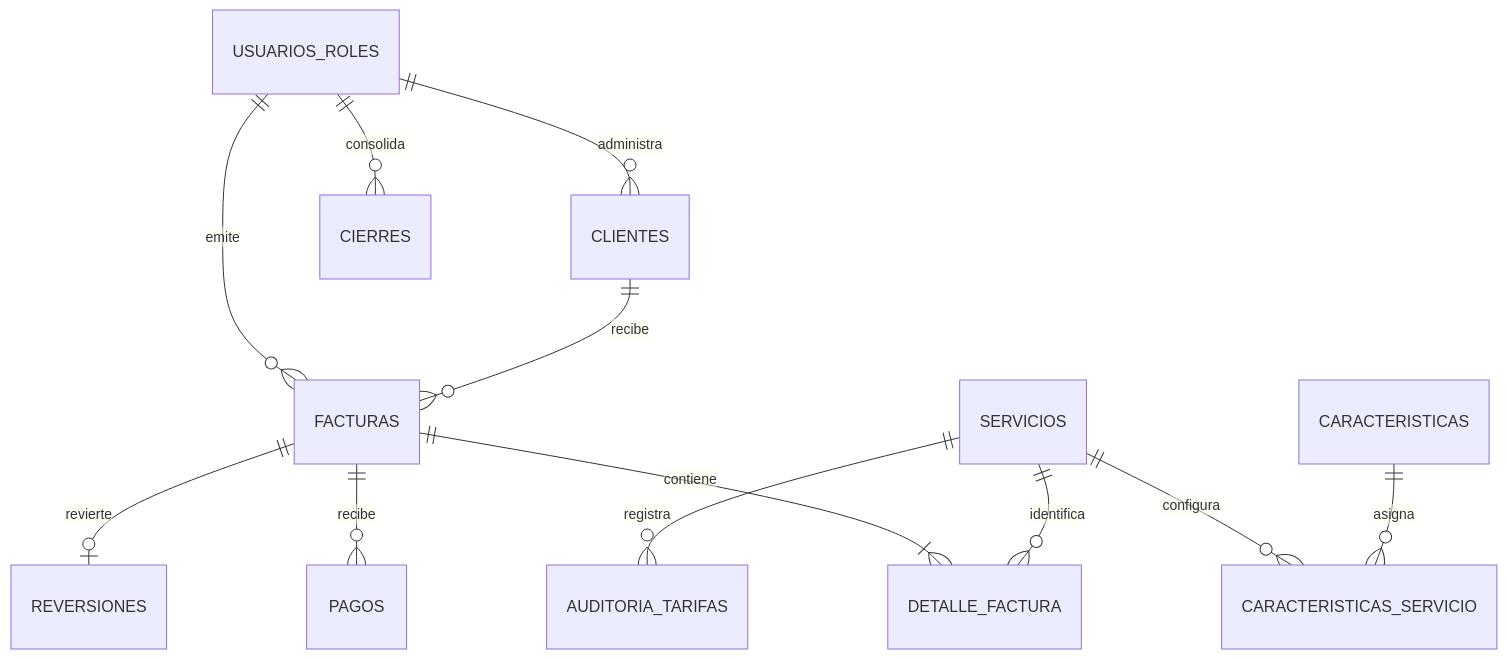
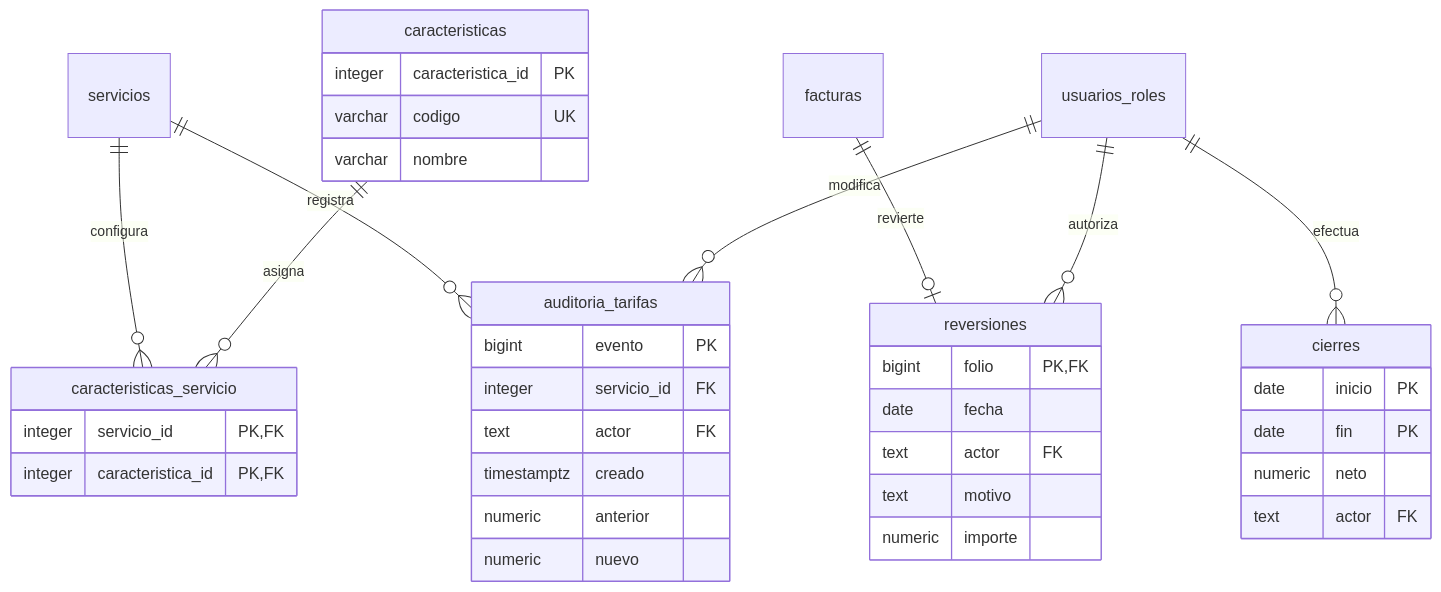
Before and after one commit to JuanPabloRA139/sistema-facturacion: the fourth of 6 diagrams in docs/arquitectura.md, drawn with Mermaid. The commit also changed other lines of this file and 8 other files, not shown here.

````diff
--- a/docs/arquitectura.md
+++ b/docs/arquitectura.md
@@ -26,14 +109,40 @@
 ```mermaid
 erDiagram
-    USUARIOS_ROLES ||--o{ CLIENTES : administra
-    USUARIOS_ROLES ||--o{ FACTURAS : emite
-    CLIENTES ||--o{ FACTURAS : recibe
-    FACTURAS ||--|{ DETALLE_FACTURA : contiene
-    SERVICIOS ||--o{ DETALLE_FACTURA : identifica
-    FACTURAS ||--o{ PAGOS : recibe
-    FACTURAS ||--o| REVERSIONES : revierte
-    SERVICIOS ||--o{ CARACTERISTICAS_SERVICIO : configura
-    CARACTERISTICAS ||--o{ CARACTERISTICAS_SERVICIO : asigna
-    SERVICIOS ||--o{ AUDITORIA_TARIFAS : registra
-    USUARIOS_ROLES ||--o{ CIERRES : consolida
+    servicios ||--o{ caracteristicas_servicio : configura
+    caracteristicas ||--o{ caracteristicas_servicio : asigna
+    servicios ||--o{ auditoria_tarifas : registra
+    usuarios_roles ||--o{ auditoria_tarifas : modifica
+    facturas ||--o| reversiones : revierte
+    usuarios_roles ||--o{ reversiones : autoriza
+    usuarios_roles ||--o{ cierres : efectua
+    caracteristicas {
+        integer caracteristica_id PK
+        varchar codigo UK
+        varchar nombre
+    }
+    caracteristicas_servicio {
+        integer servicio_id PK,FK
+        integer caracteristica_id PK,FK
+    }
+    auditoria_tarifas {
+        bigint evento PK
+        integer servicio_id FK
+        text actor FK
+        timestamptz creado
+        numeric anterior
+        numeric nuevo
+    }
+    reversiones {
+        bigint folio PK,FK
+        date fecha
+        text actor FK
+        text motivo
+        numeric importe
+    }
+    cierres {
+        date inicio PK
+        date fin PK
+        numeric neto
+        text actor FK
+    }
 ```
````
